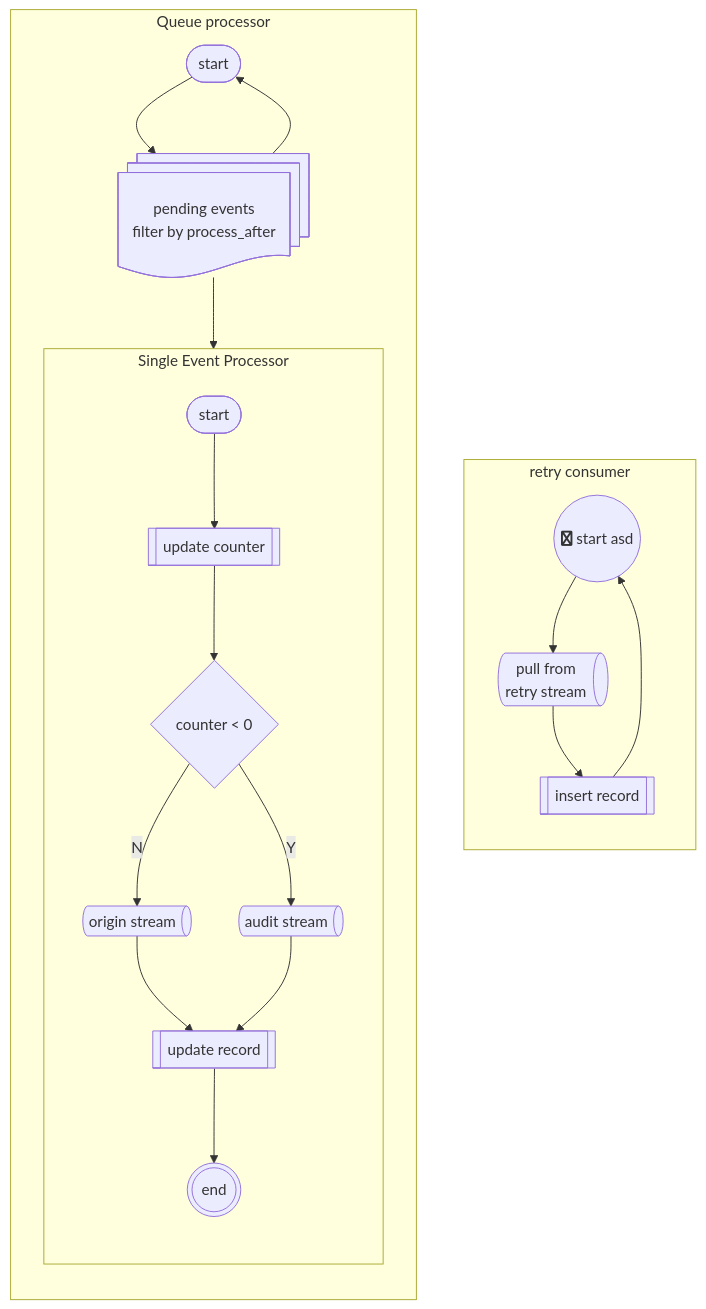
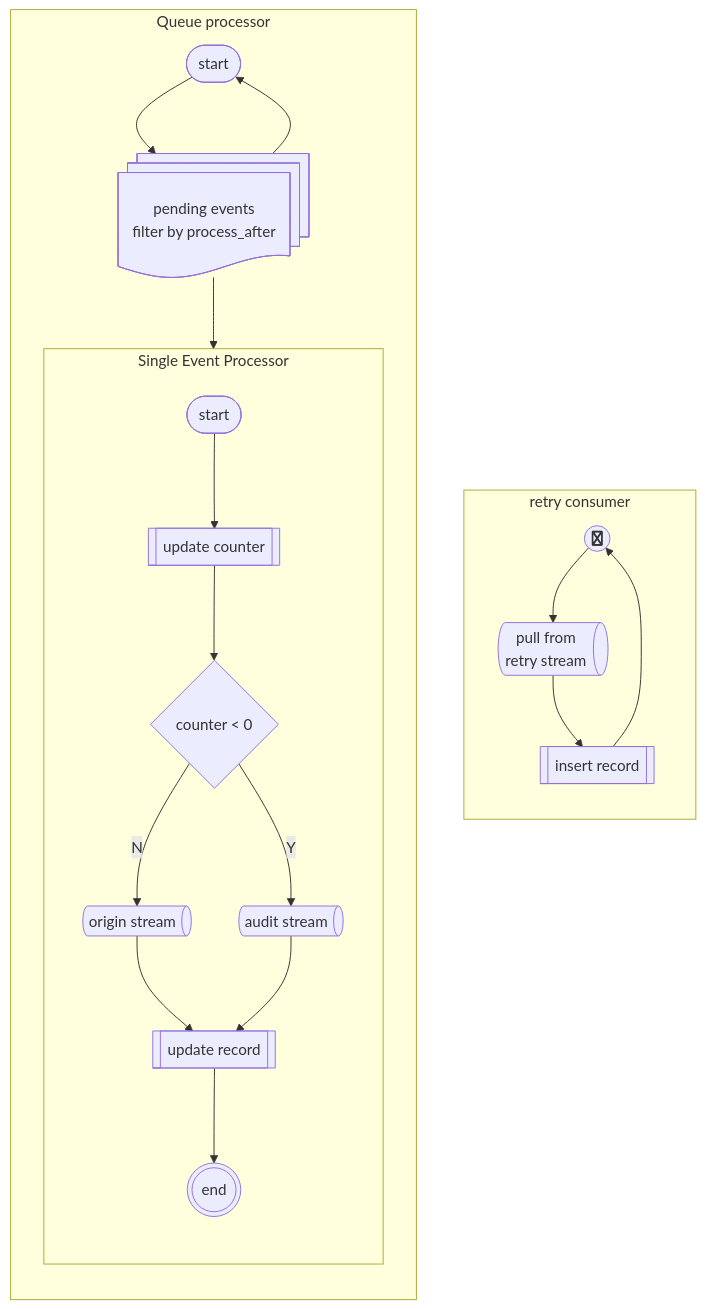
The first of 2 diagrams in be/svc-retry/DIAGRAM.md (ggrrrr/btmt-ui), drawn with Mermaid before and after one commit. The commit also changed other lines of this file, not shown here.

Commit message:
diagrams tests

````diff
--- a/be/svc-retry/DIAGRAM.md
+++ b/be/svc-retry/DIAGRAM.md
@@ -15,27 +15,27 @@
 ```mermaid
 flowchart TB
     subgraph retry_routine [retry consumer]
         direction TB
-        retry_start(("fa:fa-twitter start asd")) --> sub_retry@{ shape: das, label: "pull from\nretry stream" }
+        retry_start((fa:fa-twitter)) --> sub_retry@{ shape: das, label: "pull from\nretry stream" }
         sub_retry --> insert_event[[insert record]]
         insert_event --> retry_start
     end
 
     subgraph Queue processor
         direction TB 
         main_loop([start]) --> fetcher@{ shape: docs, label: "pending events\nfilter by process_after" }
         fetcher --> event_pro
         fetcher --> main_loop
     end
     subgraph event_pro [Single Event Processor]
         direction TB
         start_event_processor([start]) --> update_counter[[update counter]]
         update_counter --> if_counter{counter < 0}
         if_counter --> |N| push_reply@{ shape: das, label: "origin stream" }
         if_counter --> |Y| push_audit@{ shape: das, label: "audit stream" }
         push_reply --> update_event
         push_audit --> update_event
         update_event[[update record]] --> end_event_processor(((end)))
     end
 
 ```
````
